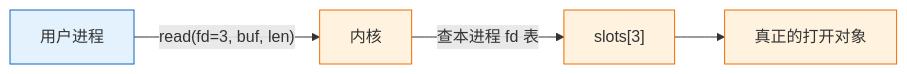
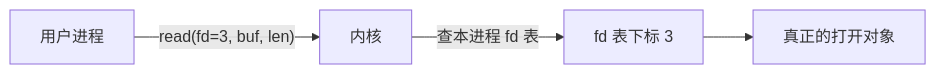
One commit to AM-SuSh/EVOLVE changed the first of 4 diagrams in os-lab/labs/lab5-fs-and-sync.md. Above: the diagram before and after it, drawn with Mermaid. The commit also changed other lines of this file and 1 other file, not shown here.

````diff
--- a/os-lab/labs/lab5-fs-and-sync.md
+++ b/os-lab/labs/lab5-fs-and-sync.md
@@ -53,11 +100,6 @@
 ```mermaid
-graph LR
+flowchart LR
     P["用户进程"] -->|"read(fd=3, buf, len)"| K["内核"]
-    K -->|"查本进程 fd 表"| T["slots[3]"]
+    K -->|"查本进程 fd 表"| T["fd 表下标 3"]
     T --> F["真正的打开对象"]
-
-    classDef proc fill:#e3f2fd,stroke:#1565c0;
-    classDef kern fill:#fff3e0,stroke:#ef6c00;
-    class P proc;
-    class K,T,F kern;
 ```
````
